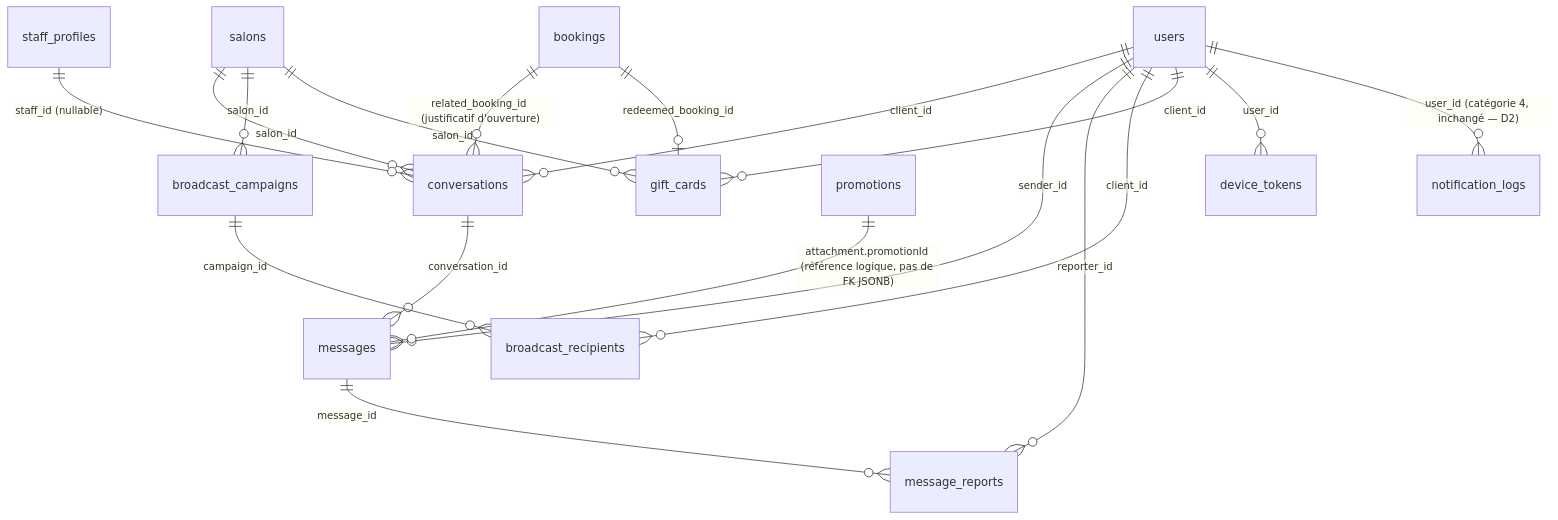
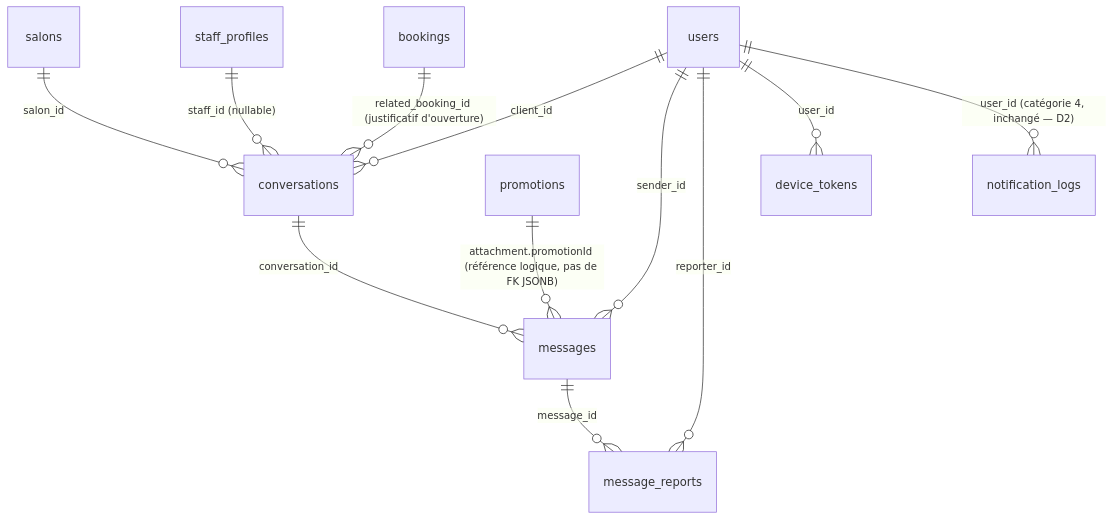
The first of 3 diagrams in docs/KYNZA_MESSAGING_ARCHITECTURE.md (Mylord90/kynza-app), drawn with Mermaid before and after one commit. The commit also changed other lines of this file, not shown here.

````diff
--- a/docs/KYNZA_MESSAGING_ARCHITECTURE.md
+++ b/docs/KYNZA_MESSAGING_ARCHITECTURE.md
@@ -125,20 +125,14 @@
 ```mermaid
 erDiagram
     salons ||--o{ conversations : "salon_id"
     users ||--o{ conversations : "client_id"
     staff_profiles ||--o{ conversations : "staff_id (nullable)"
     bookings ||--o{ conversations : "related_booking_id (justificatif d'ouverture)"
     conversations ||--o{ messages : "conversation_id"
     users ||--o{ messages : "sender_id"
     messages ||--o{ message_reports : "message_id"
     users ||--o{ message_reports : "reporter_id"
-    salons ||--o{ broadcast_campaigns : "salon_id"
-    broadcast_campaigns ||--o{ broadcast_recipients : "campaign_id"
-    users ||--o{ broadcast_recipients : "client_id"
-    salons ||--o{ gift_cards : "salon_id"
-    users ||--o{ gift_cards : "client_id"
-    bookings ||--o| gift_cards : "redeemed_booking_id"
     promotions ||--o{ messages : "attachment.promotionId (référence logique, pas de FK JSONB)"
     users ||--o{ device_tokens : "user_id"
     users ||--o{ notification_logs : "user_id (catégorie 4, inchangé — D2)"
 ```
````
